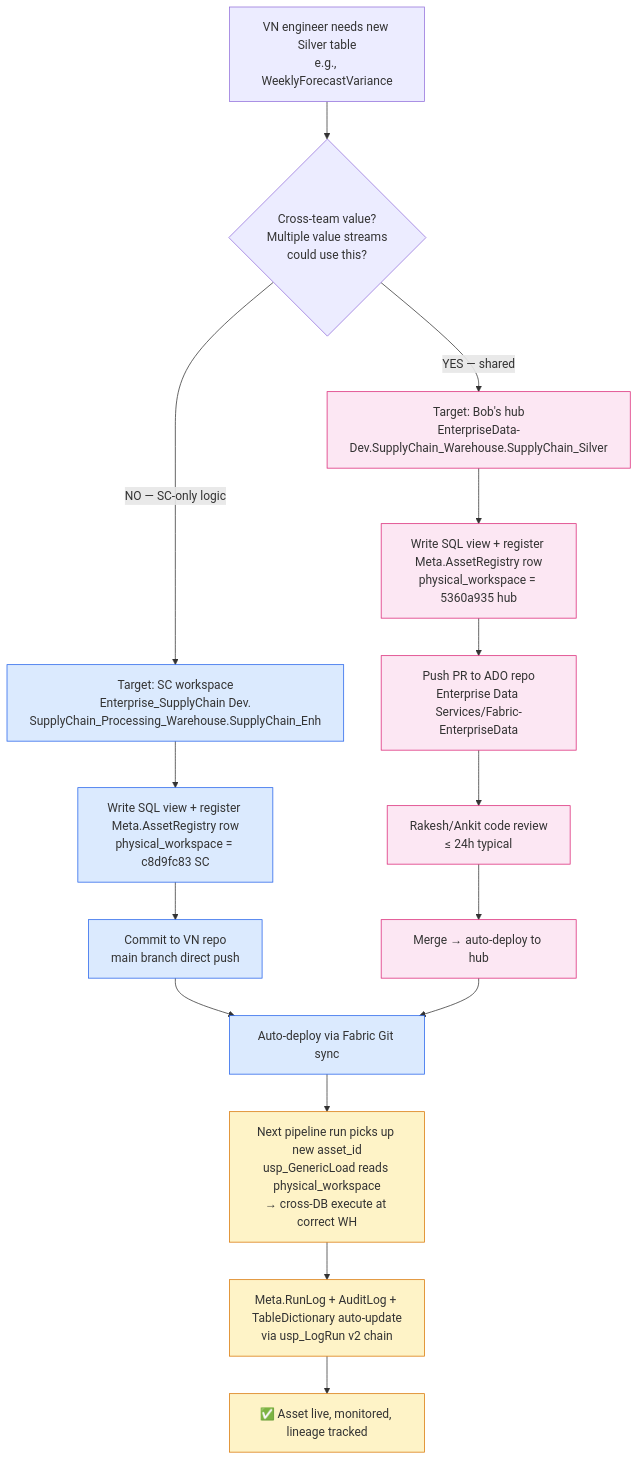
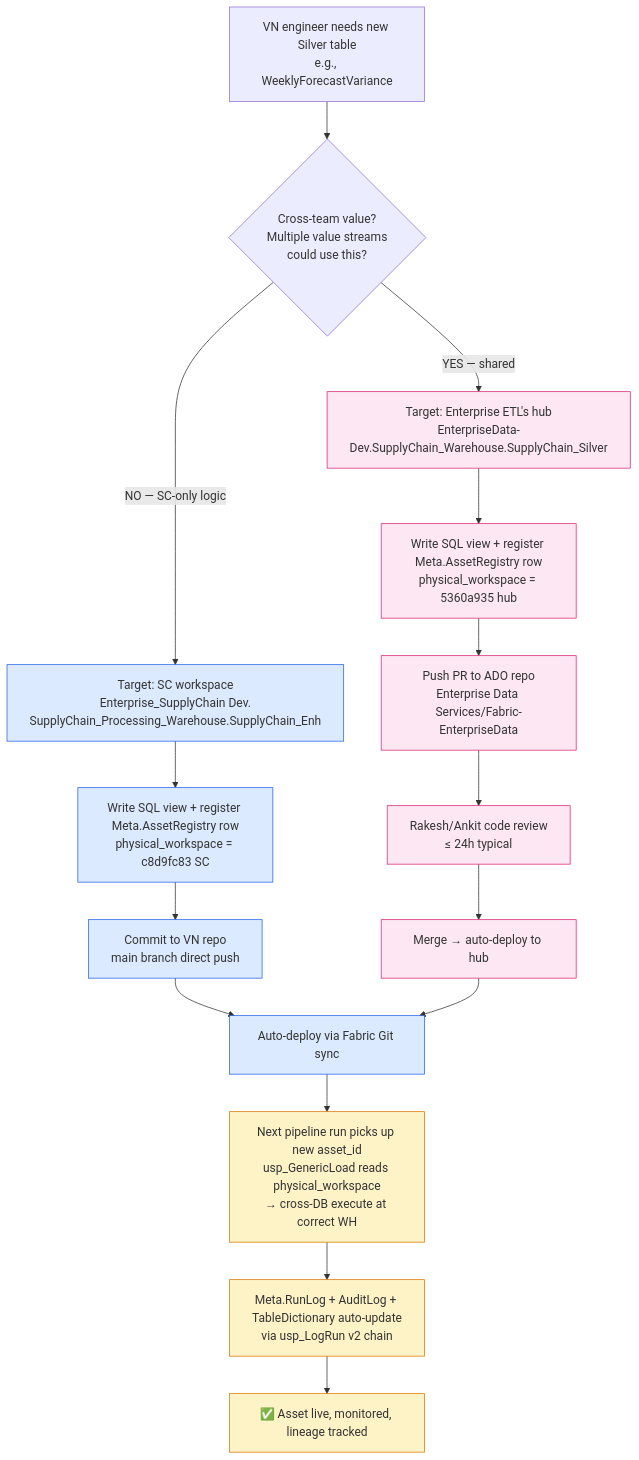
One commit to ankinguyen-engineer-2002/data-architecture-microsoft-medallion-vietnam-data-hub changed the first of 2 diagrams in 99_archive/reverse-engineering/enterprise_supplychain_dev_architect/projects/forecast/_workflow_build_direct_future.md. Above: the diagram before and after it, drawn with Mermaid. The commit also changed other lines of this file and 338 other files, not shown here.

Commit message:
docs: canonicalize enterprise etl naming

````diff
--- a/99_archive/reverse-engineering/enterprise_supplychain_dev_architect/projects/forecast/_workflow_build_direct_future.md
+++ b/99_archive/reverse-engineering/enterprise_supplychain_dev_architect/projects/forecast/_workflow_build_direct_future.md
@@ -75,34 +75,34 @@
 ```mermaid
 flowchart TD
     Start[VN engineer needs new Silver table<br/>e.g., WeeklyForecastVariance]
     Start --> D1{Cross-team value?<br/>Multiple value streams<br/>could use this?}
 
-    D1 -->|YES — shared| Hub[Target: Bob's hub<br/>EnterpriseData-Dev.SupplyChain_Warehouse.SupplyChain_Silver]
+    D1 -->|YES — shared| Hub[Target: Enterprise ETL's hub<br/>EnterpriseData-Dev.SupplyChain_Warehouse.SupplyChain_Silver]
     D1 -->|NO — SC-only logic| SC[Target: SC workspace<br/>Enterprise_SupplyChain Dev.<br/>SupplyChain_Processing_Warehouse.SupplyChain_Enh]
 
     Hub --> Code[Write SQL view + register Meta.AssetRegistry row<br/>physical_workspace = 5360a935 hub]
     SC --> Code2[Write SQL view + register Meta.AssetRegistry row<br/>physical_workspace = c8d9fc83 SC]
 
     Code --> PR[Push PR to ADO repo<br/>Enterprise Data Services/Fabric-EnterpriseData]
     Code2 --> PR2[Commit to VN repo<br/>main branch direct push]
 
     PR --> Review[Rakesh/Ankit code review<br/>≤ 24h typical]
     PR2 --> AutoDeploy[Auto-deploy via Fabric Git sync]
 
     Review --> Merge[Merge → auto-deploy to hub]
     Merge --> AutoDeploy
 
     AutoDeploy --> Pipeline[Next pipeline run picks up new asset_id<br/>usp_GenericLoad reads physical_workspace<br/>→ cross-DB execute at correct WH]
 
     Pipeline --> Logs[Meta.RunLog + AuditLog + TableDictionary auto-update<br/>via usp_LogRun v2 chain]
 
     Logs --> Done[✅ Asset live, monitored, lineage tracked]
 
     classDef hub fill:#fce7f3,stroke:#db2777
     classDef sc fill:#dbeafe,stroke:#2563eb
     classDef shared fill:#fef3c7,stroke:#d97706
 
     class Hub,Code,PR,Review,Merge hub
     class SC,Code2,PR2,AutoDeploy sc
     class Pipeline,Logs,Done shared
 ```
````
